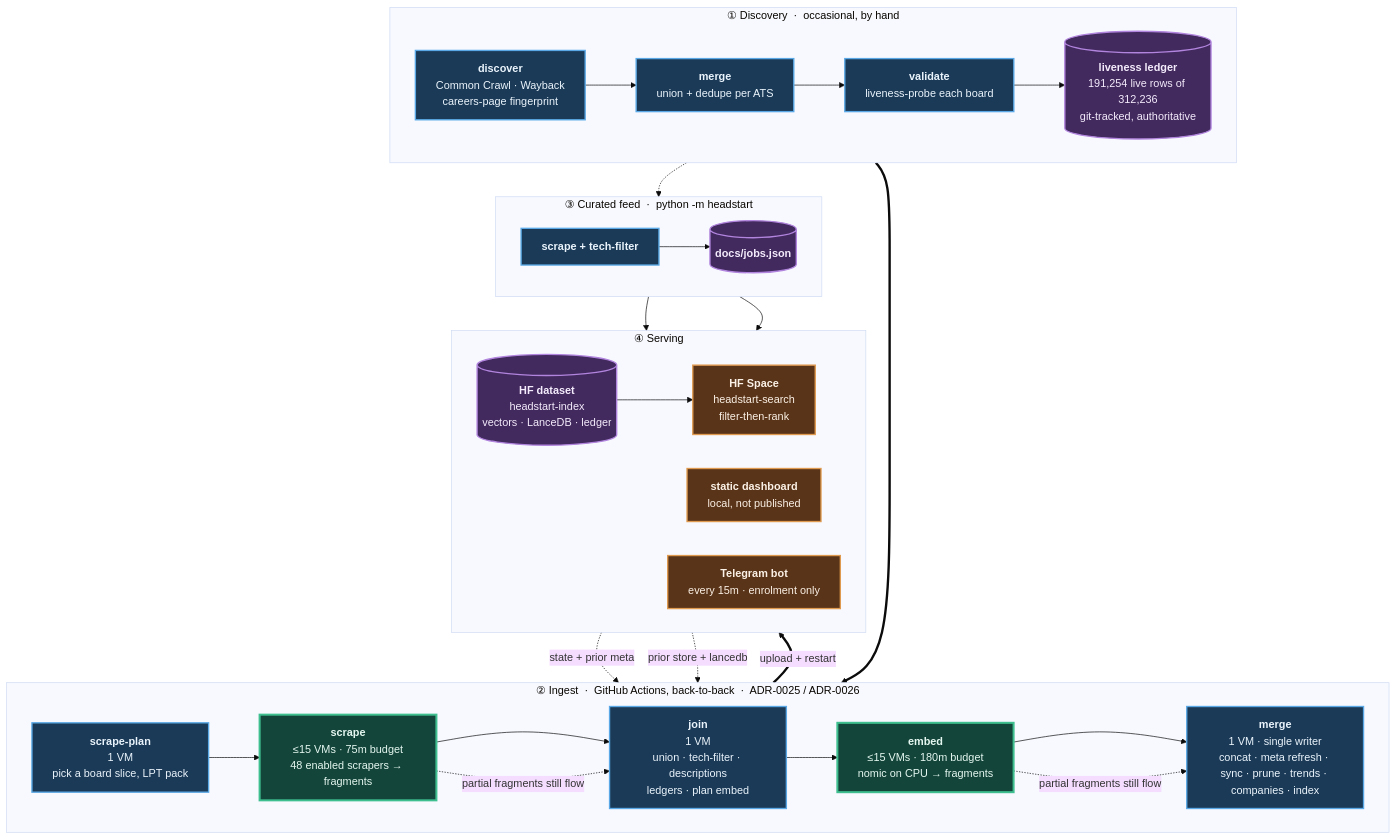
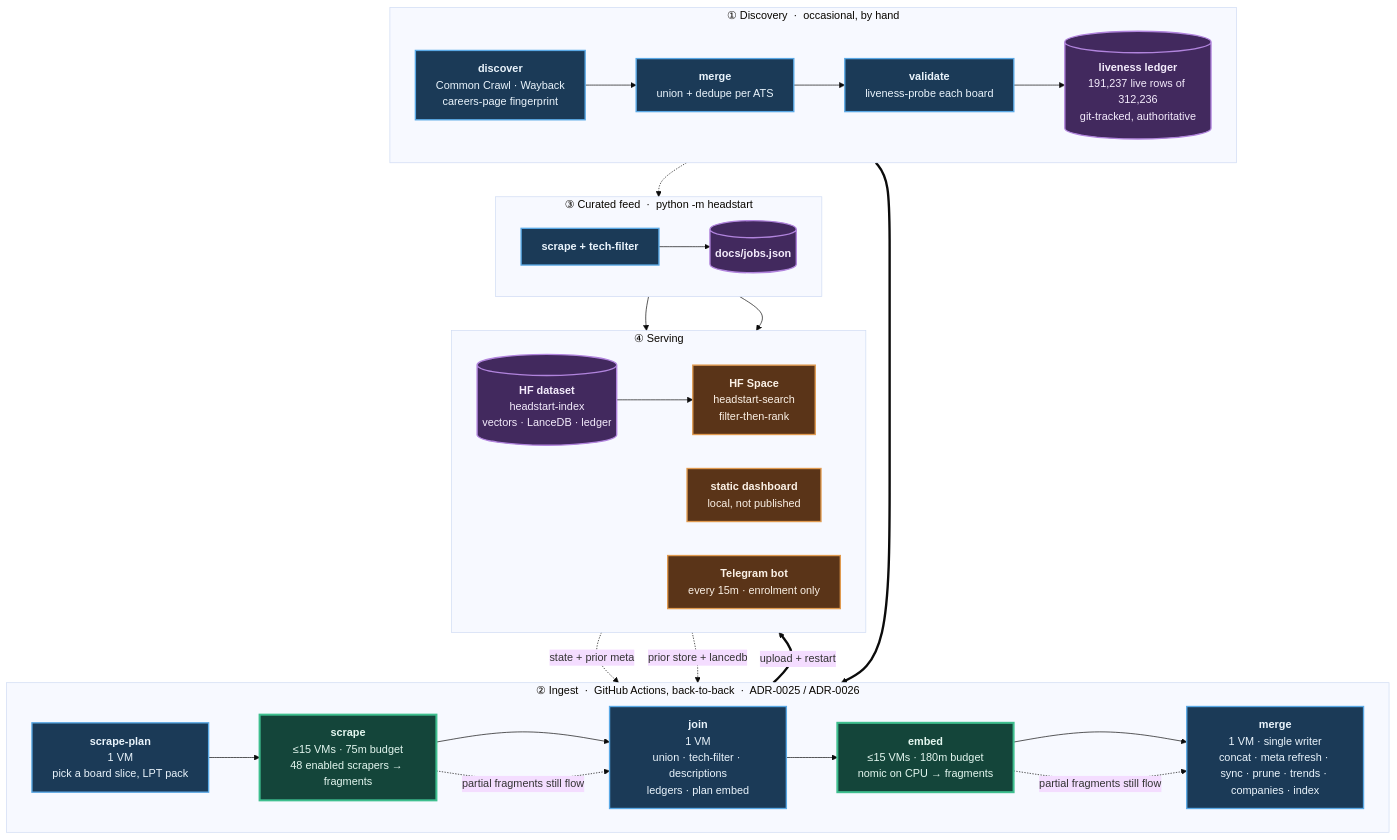
The diagram in README.md (sarthakjain004/headstart), drawn with Mermaid (base theme) before and after one commit. The commit also changed other lines of this file and 5 other files, not shown here.

````diff
--- a/README.md
+++ b/README.md
@@ -183,56 +183,56 @@
 ```mermaid
 flowchart TB
     subgraph D["① Discovery &nbsp;·&nbsp; occasional, by hand"]
         direction LR
         D1["<b>discover</b><br/>Common Crawl · Wayback<br/>careers-page fingerprint"]
         D2["<b>merge</b><br/>union + dedupe per ATS"]
         D3["<b>validate</b><br/>liveness-probe each board"]
-        D4[("<b>liveness ledger</b><br/>191,254 live rows of 312,236<br/>git-tracked, authoritative")]
+        D4[("<b>liveness ledger</b><br/>191,237 live rows of 312,236<br/>git-tracked, authoritative")]
         D1 --> D2 --> D3 --> D4
     end
 
     subgraph P["② Ingest &nbsp;·&nbsp; GitHub Actions, back-to-back &nbsp;·&nbsp; ADR-0025 / ADR-0026"]
         direction LR
         P1["<b>scrape-plan</b><br/>1 VM<br/>pick a board slice, LPT pack"]
         P2["<b>scrape</b><br/>≤15 VMs · 75m budget<br/>48 enabled scrapers → fragments"]
         P3["<b>join</b><br/>1 VM<br/>union · tech-filter · descriptions<br/>ledgers · plan embed"]
         P4["<b>embed</b><br/>≤15 VMs · 180m budget<br/>nomic on CPU → fragments"]
         P5["<b>merge</b><br/>1 VM · single writer<br/>concat · meta refresh · sync · prune · trends · companies · index"]
         P1 --> P2 --> P3 --> P4 --> P5
     end
 
     subgraph F["③ Curated feed &nbsp;·&nbsp; python -m headstart"]
         direction LR
         F1["<b>scrape + tech-filter</b>"]
         F2[("<b>docs/jobs.json</b>")]
         F1 --> F2
     end
 
     subgraph S["④ Serving"]
         direction LR
         S1[("<b>HF dataset</b><br/>headstart-index<br/>vectors · LanceDB · ledger")]
         S2["<b>HF Space</b><br/>headstart-search<br/>filter-then-rank"]
         S3["<b>static dashboard</b><br/>local, not published"]
         S4["<b>Telegram bot</b><br/>every 15m · enrolment only"]
         S1 --> S2
     end
 
     D4 ==> P1
     S1 -. "state + prior meta" .-> P1
     S1 -. "prior store + lancedb" .-> P5
     D4 -.-> F1
     P5 ==>|"upload + restart"| S1
     F2 --> S3
     F2 --> S4
     P2 -. "partial fragments still flow" .-> P3
     P4 -. "partial fragments still flow" .-> P5
 
     classDef serial fill:#1b3a57,stroke:#5aa9e6,stroke-width:2px,color:#eaf4fc
     classDef fan fill:#14453a,stroke:#3fbf8f,stroke-width:3px,color:#e4f7f0
     classDef store fill:#42295e,stroke:#b184dd,stroke-width:2px,color:#f4ecfc
     classDef serve fill:#5a3418,stroke:#e09a4f,stroke-width:2px,color:#fbf1e6
     class D1,D2,D3,P1,P3,P5,F1 serial
     class P2,P4 fan
     class D4,F2,S1 store
     class S2,S3,S4 serve
 ```
````
